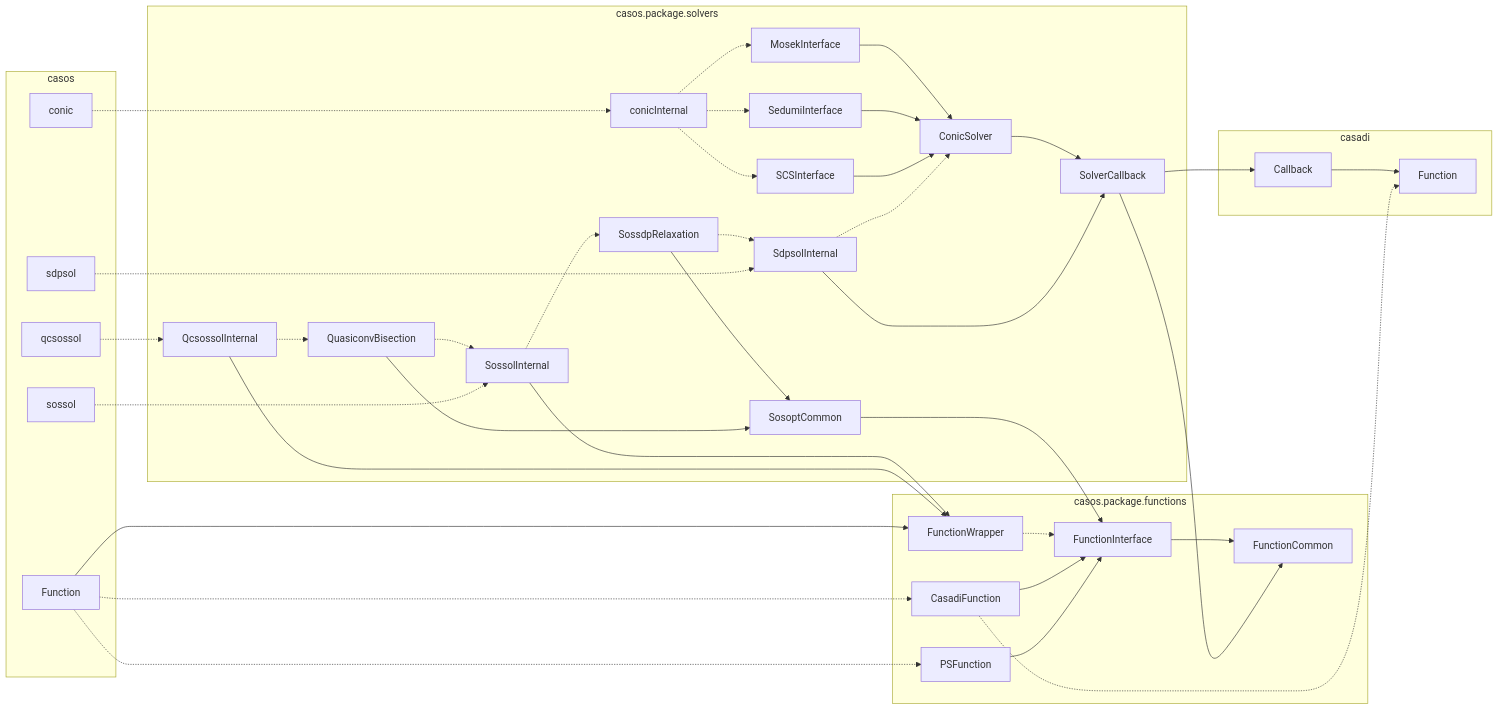
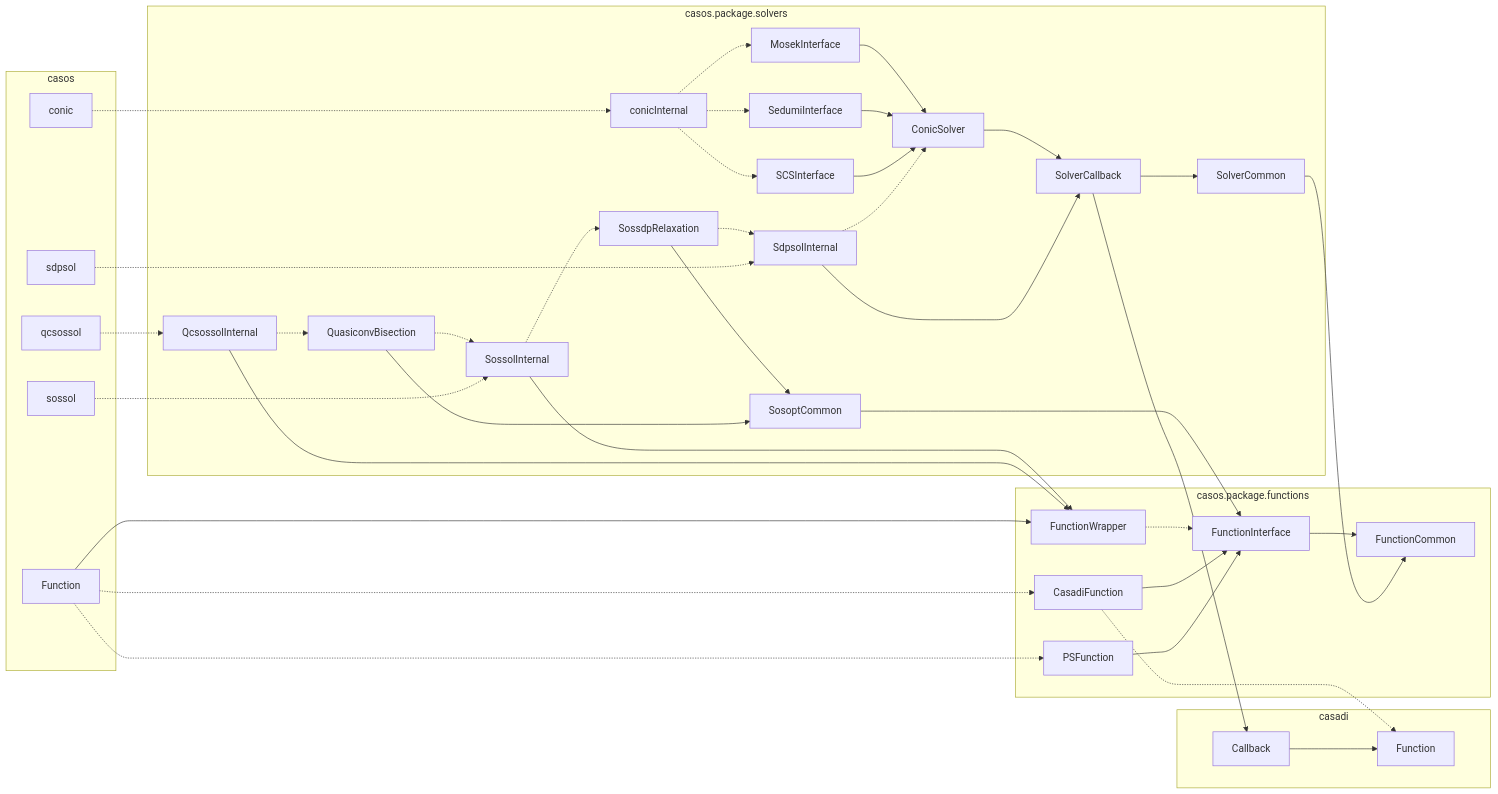
One commit to iFR-ACSO/casos changed the diagram in +casos/+package/README.md. Above: the diagram before and after it, drawn with Mermaid.

Commit message:
Update internal class structure readme.

````diff
--- a/+casos/+package/README.md
+++ b/+casos/+package/README.md
@@ -3,49 +3,50 @@
 ```mermaid
 flowchart LR
   subgraph casadi
     casadi.Callback[Callback] --> casadi.Function[Function]
   end
   subgraph casos
     casos.Function[Function]
     casos.conic[conic]
     casos.sdpsol[sdpsol]
     casos.sossol[sossol]
     casos.qcsossol[qcsossol]
   end
   subgraph casos.package.functions
     FunctionInterface --> FunctionCommon
     FunctionWrapper -.-> FunctionInterface
     CasadiFunction --> FunctionInterface
     PSFunction --> FunctionInterface
   end
   subgraph casos.package.solvers
     ConicSolver --> SolverCallback
+    SolverCallback --> SolverCommon
     MosekInterface --> ConicSolver
     SedumiInterface --> ConicSolver
     SCSInterface --> ConicSolver
     SdpsolInternal --> SolverCallback
     SdpsolInternal -.-> ConicSolver
     conicInternal -.-> MosekInterface
     conicInternal -.-> SedumiInterface
     conicInternal -.-> SCSInterface
     SossolInternal --> FunctionWrapper
     SossolInternal -.-> SossdpRelaxation
     SossdpRelaxation --> SosoptCommon
     SossdpRelaxation -.-> SdpsolInternal
     QcsossolInternal --> FunctionWrapper
     QcsossolInternal -.-> QuasiconvBisection
     QuasiconvBisection --> SosoptCommon
     QuasiconvBisection -.-> SossolInternal
-    SosoptCommon --> FunctionInterface
   end
   casos.Function --> FunctionWrapper
   casos.Function -.-> CasadiFunction
   casos.Function -.-> PSFunction
   CasadiFunction -.-> casadi.Function
   SolverCallback --> casadi.Callback
-  SolverCallback --> FunctionCommon
+  SolverCommon --> FunctionCommon
+  SosoptCommon --> FunctionInterface
   casos.conic -.-> conicInternal
   casos.sdpsol -.-> SdpsolInternal
   casos.sossol -.-> SossolInternal
   casos.qcsossol -.-> QcsossolInternal
 ```
````
